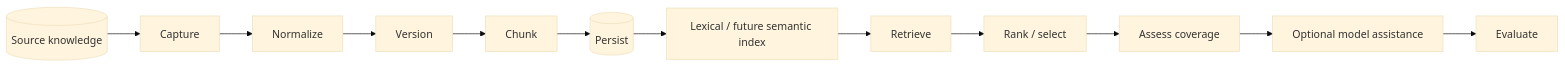
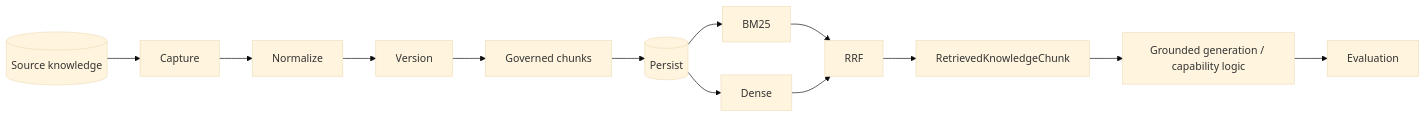
One commit to kumarchandansingh/tropos changed the first of 4 diagrams in docs/architecture/RAG_ARCHITECTURE.md. Above: the diagram before and after it, drawn with Mermaid (base theme). The commit also changed other lines of this file and 16 other files, not shown here.

First line of the commit message:
docs: reconcile Tropos product architecture and decision history (#69)

````diff
--- a/docs/architecture/RAG_ARCHITECTURE.md
+++ b/docs/architecture/RAG_ARCHITECTURE.md
@@ -7,15 +7,16 @@
 ```mermaid
 flowchart LR
-    S[(Source knowledge)]
-    --> R[Capture]
-    --> N[Normalize]
-    --> V[Version]
-    --> C[Chunk]
-    --> P[(Persist)]
-    --> I[Lexical / future semantic index]
-    --> Q[Retrieve]
-    --> K[Rank / select]
-    --> A[Assess coverage]
-    --> G[Optional model assistance]
-    --> E[Evaluate]
+    Source[(Source knowledge)]
+    --> Capture[Capture]
+    --> Normalize[Normalize]
+    --> Version[Version]
+    --> Chunk[Governed chunks]
+    --> Persist[(Persist)]
+    --> Lex[BM25]
+    Persist --> Dense[Dense]
+    Lex --> Hybrid[RRF]
+    Dense --> Hybrid
+    Hybrid --> Evidence[RetrievedKnowledgeChunk]
+    Evidence --> Generate[Grounded generation / capability logic]
+    Generate --> Evaluate[Evaluation]
 ```
````
